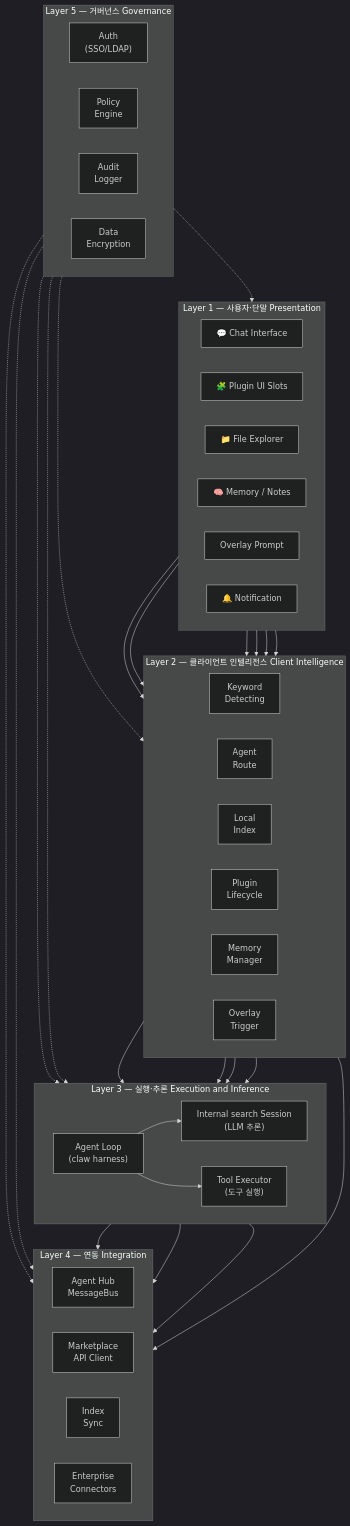
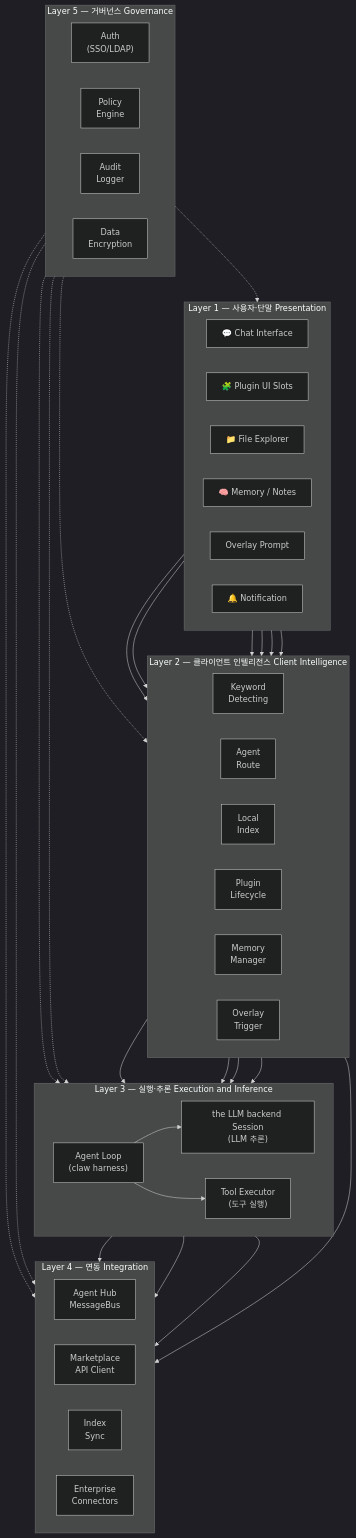
One commit to lvis-project/lvis-app changed the fourth of 44 diagrams in docs/architecture/architecture.md. Above: the diagram before and after it, drawn with Mermaid (dark theme). The commit also changed other lines of this file and 76 other files, not shown here.

````diff
--- a/docs/architecture/architecture.md
+++ b/docs/architecture/architecture.md
@@ -223,71 +223,71 @@
 ```mermaid
 graph TB
     subgraph "Layer 1 — 사용자·단말 Presentation"
         direction LR
         L1_CHAT["💬 Chat Interface"]
         L1_PLUGIN_UI["🧩 Plugin UI Slots"]
         L1_FILE["📁 File Explorer"]
         L1_MEM["🧠 Memory / Notes"]
         L1_OVERLAY["Overlay Prompt"]
         L1_NOTIFY["🔔 Notification"]
     end
 
     subgraph "Layer 2 — 클라이언트 인텔리전스 Client Intelligence"
         direction LR
         L2_KW["Keyword<br/>Detecting"]
         L2_ROUTE["Agent<br/>Route"]
         L2_IDX["Local<br/>Index"]
         L2_PLUGIN["Plugin<br/>Lifecycle"]
         L2_MEMORY["Memory<br/>Manager"]
         L2_OVERLAY["Overlay<br/>Trigger"]
     end
 
     subgraph "Layer 3 — 실행·추론 Execution and Inference"
         direction LR
-        L3_SESSION["Internal search Session<br/>(LLM 추론)"]
+        L3_SESSION["the LLM backend Session<br/>(LLM 추론)"]
         L3_TOOL["Tool Executor<br/>(도구 실행)"]
         L3_AGENT_LOOP["Agent Loop<br/>(claw harness)"]
     end
 
     subgraph "Layer 4 — 연동 Integration"
         direction LR
         L4_MSGBUS["Agent Hub<br/>MessageBus"]
         L4_MARKET["Marketplace<br/>API Client"]
         L4_SYNC["Index<br/>Sync"]
         L4_CONNECTOR["Enterprise<br/>Connectors"]
     end
 
     subgraph "Layer 5 — 거버넌스 Governance"
         direction LR
         L5_AUTH["Auth<br/>(SSO/LDAP)"]
         L5_POLICY["Policy<br/>Engine"]
         L5_AUDIT["Audit<br/>Logger"]
         L5_ENCRYPT["Data<br/>Encryption"]
     end
 
     L1_CHAT --> L2_KW
     L1_CHAT --> L2_ROUTE
     L1_PLUGIN_UI --> L2_PLUGIN
     L1_FILE --> L2_IDX
     L1_MEM --> L2_MEMORY
     L1_OVERLAY --> L2_OVERLAY
 
     L2_KW --> L3_AGENT_LOOP
     L2_ROUTE --> L3_AGENT_LOOP
     L2_MEMORY --> L3_SESSION
     L2_OVERLAY --> L3_SESSION
     L3_AGENT_LOOP --> L3_SESSION
     L3_AGENT_LOOP --> L3_TOOL
 
     L3_SESSION --> L4_MSGBUS
     L3_TOOL --> L4_MARKET
     L3_TOOL --> L4_CONNECTOR
     L2_IDX --> L4_SYNC
 
     L5_AUTH -.-> L1_CHAT
     L5_POLICY -.-> L3_TOOL
     L5_POLICY -.-> L4_CONNECTOR
     L5_AUDIT -.-> L3_SESSION
     L5_AUDIT -.-> L4_MSGBUS
     L5_ENCRYPT -.-> L2_MEMORY
 ```
````
